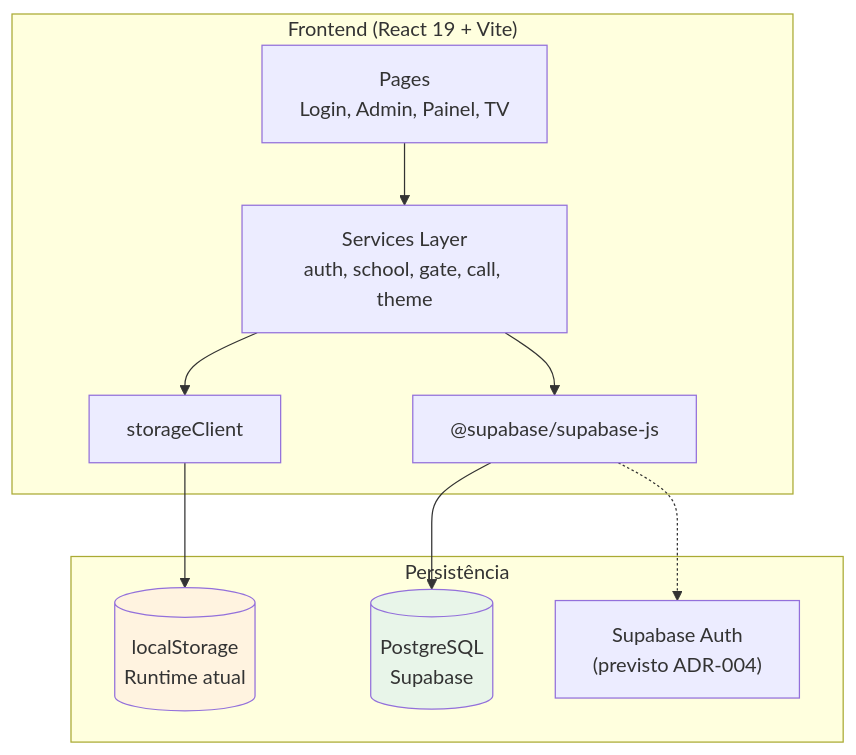
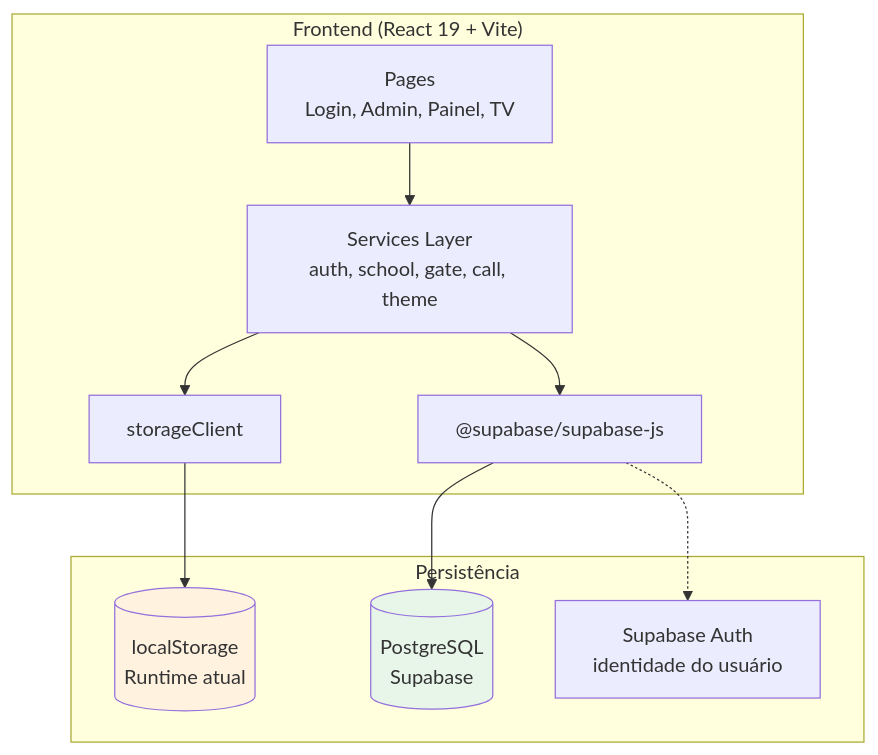
Before and after one commit to wesleytj/smart-exit-school: the diagram in docs/arquitetura.md, drawn with Mermaid. The commit also changed other lines of this file and 14 other files, not shown here.

````diff
--- a/docs/arquitetura.md
+++ b/docs/arquitetura.md
@@ -7,25 +7,25 @@
 ```mermaid
 graph TB
     subgraph Frontend["Frontend (React 19 + Vite)"]
         Pages["Pages<br/>Login, Admin, Painel, TV"]
         Services["Services Layer<br/>auth, school, gate, call, theme"]
         StorageClient["storageClient"]
         SupabaseJS["@supabase/supabase-js"]
     end
 
     subgraph Persistence["Persistência"]
         LS[("localStorage<br/>Runtime atual")]
         PG[("PostgreSQL<br/>Supabase")]
-        Auth["Supabase Auth<br/>(previsto ADR-004)"]
+        Auth["Supabase Auth<br/>identidade do usuário"]
     end
 
     Pages --> Services
     Services --> StorageClient
     Services --> SupabaseJS
     StorageClient --> LS
     SupabaseJS --> PG
     SupabaseJS -.-> Auth
 
     style PG fill:#e8f5e9
     style LS fill:#fff3e0
 ```
````
